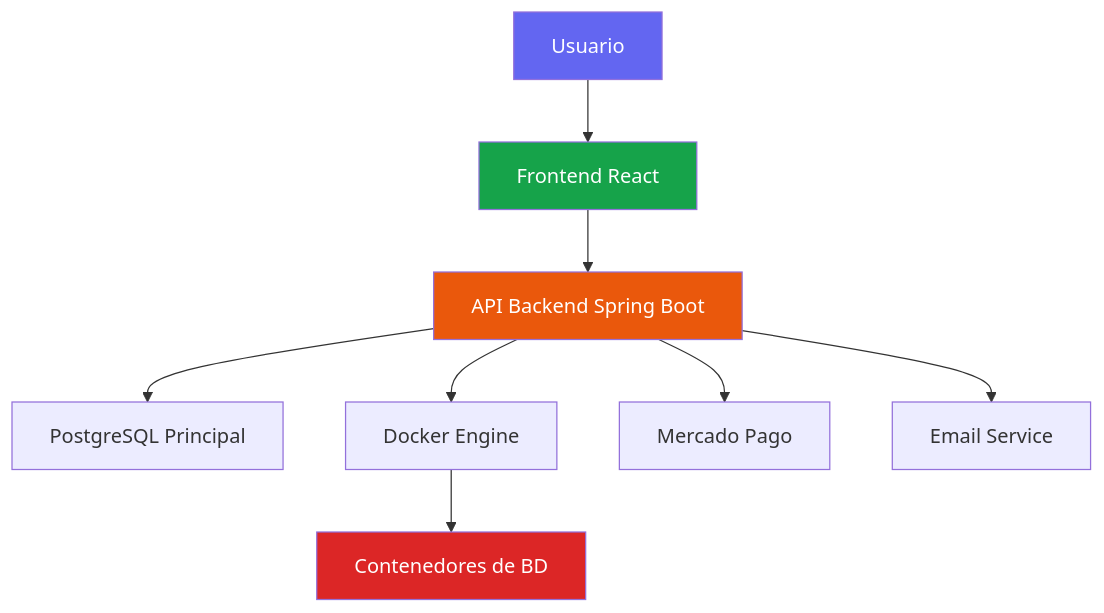
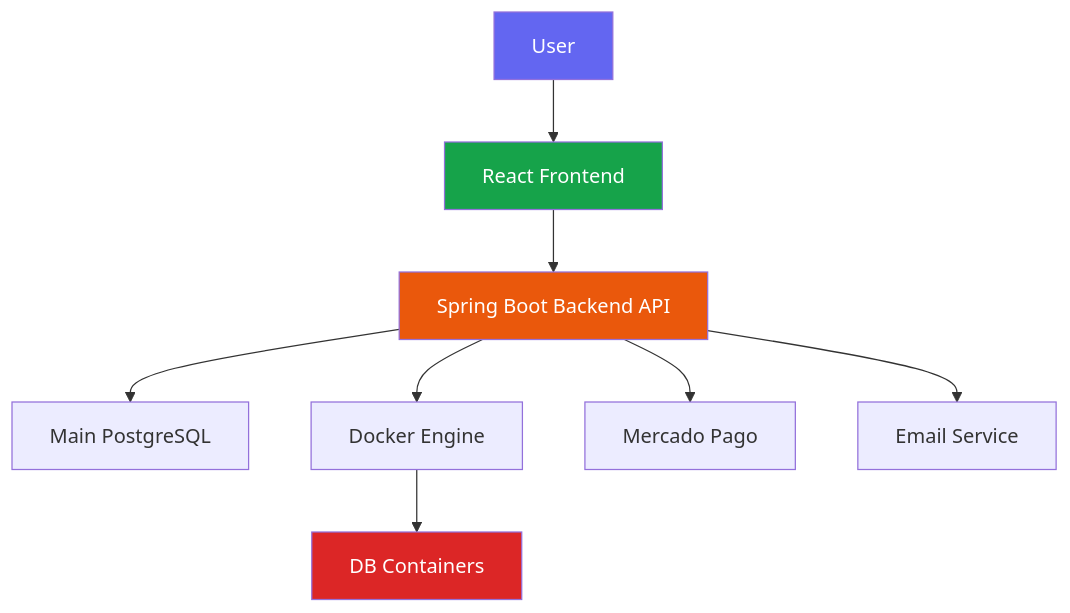
The first of 3 diagrams in CrudCloud-Documentation/docs/intro.md (Team-Cold-Brew/CrudCloud-Documentation-ColdBrew), drawn with Mermaid before and after one commit. The commit also changed other lines of this file and 19 other files, not shown here.

````diff
--- a/CrudCloud-Documentation/docs/intro.md
+++ b/CrudCloud-Documentation/docs/intro.md
@@ -32,15 +32,15 @@
 ```mermaid
 graph TB
-    A[Usuario] --> B[Frontend React]
-    B --> C[API Backend Spring Boot]
-    C --> D[PostgreSQL Principal]
+    A[User] --> B[React Frontend]
+    B --> C[Spring Boot Backend API]
+    C --> D[Main PostgreSQL]
     C --> E[Docker Engine]
-    E --> F[Contenedores de BD]
+    E --> F[DB Containers]
     C --> G[Mercado Pago]
     C --> H[Email Service]
     
     style A fill:#6366F1,color:#fff
     style B fill:#16A34A,color:#fff
     style C fill:#EA580C,color:#fff
     style F fill:#DC2626,color:#fff
 ```
````
